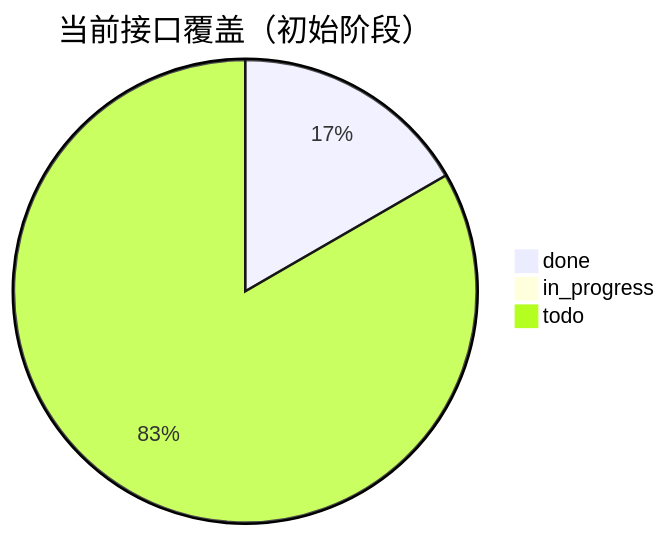
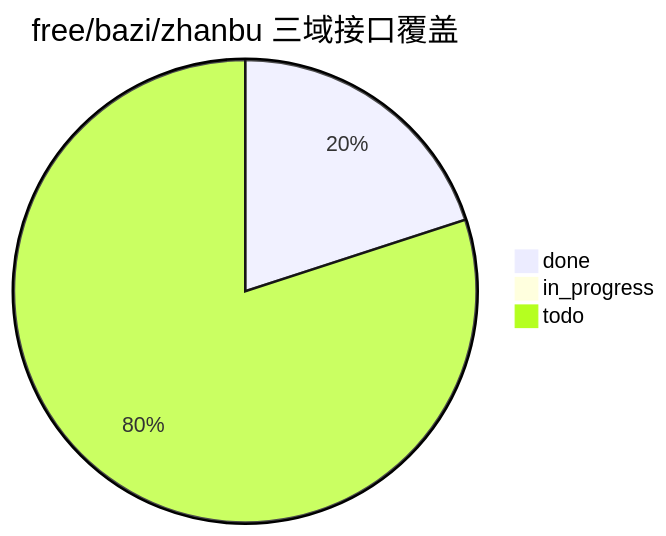
One commit to Scorpio69t/yuanfenju-go-sdk changed the diagram in docs/interface-catalog.md. Above: the diagram before and after it, drawn with Mermaid. The commit also changed other lines of this file and 7 other files, not shown here.

````diff
--- a/docs/interface-catalog.md
+++ b/docs/interface-catalog.md
@@ -12,6 +15,6 @@
 ```mermaid
-pie title 当前接口覆盖（初始阶段）
-    "done" : 4
+pie title free/bazi/zhanbu 三域接口覆盖
+    "done" : 5
     "in_progress" : 0
     "todo" : 20
 ```
````
